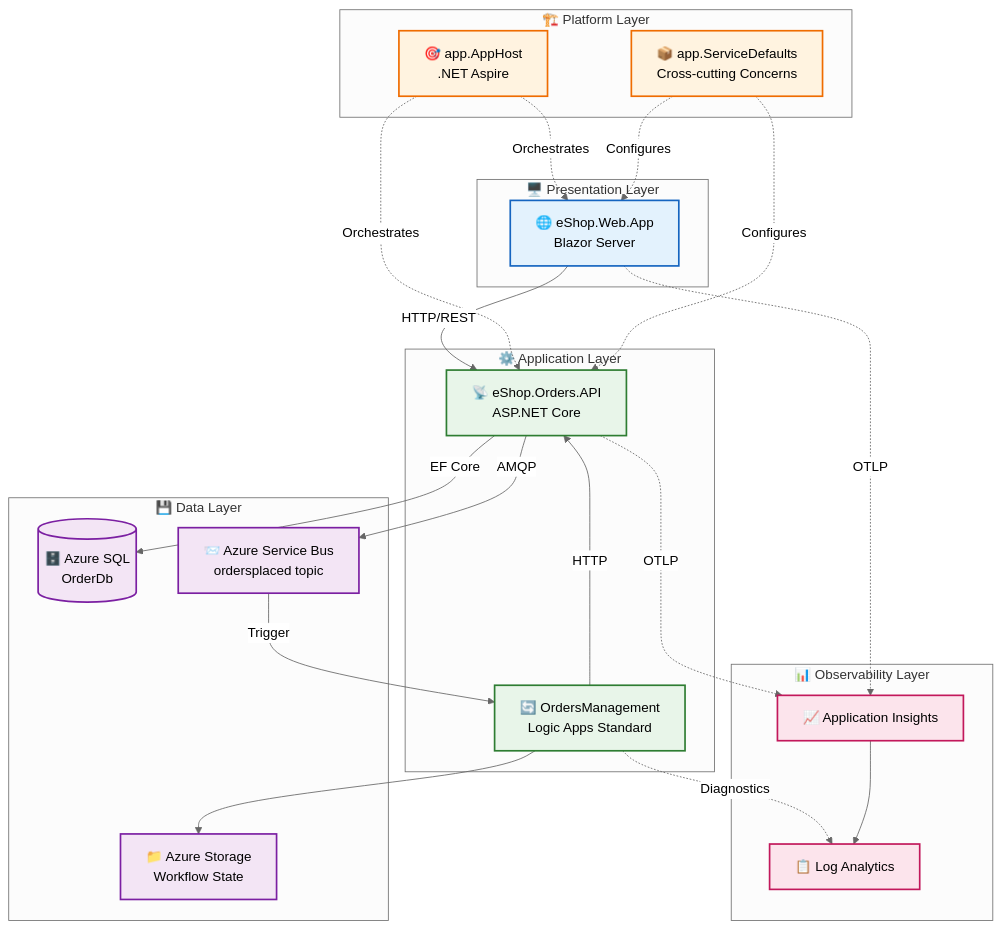
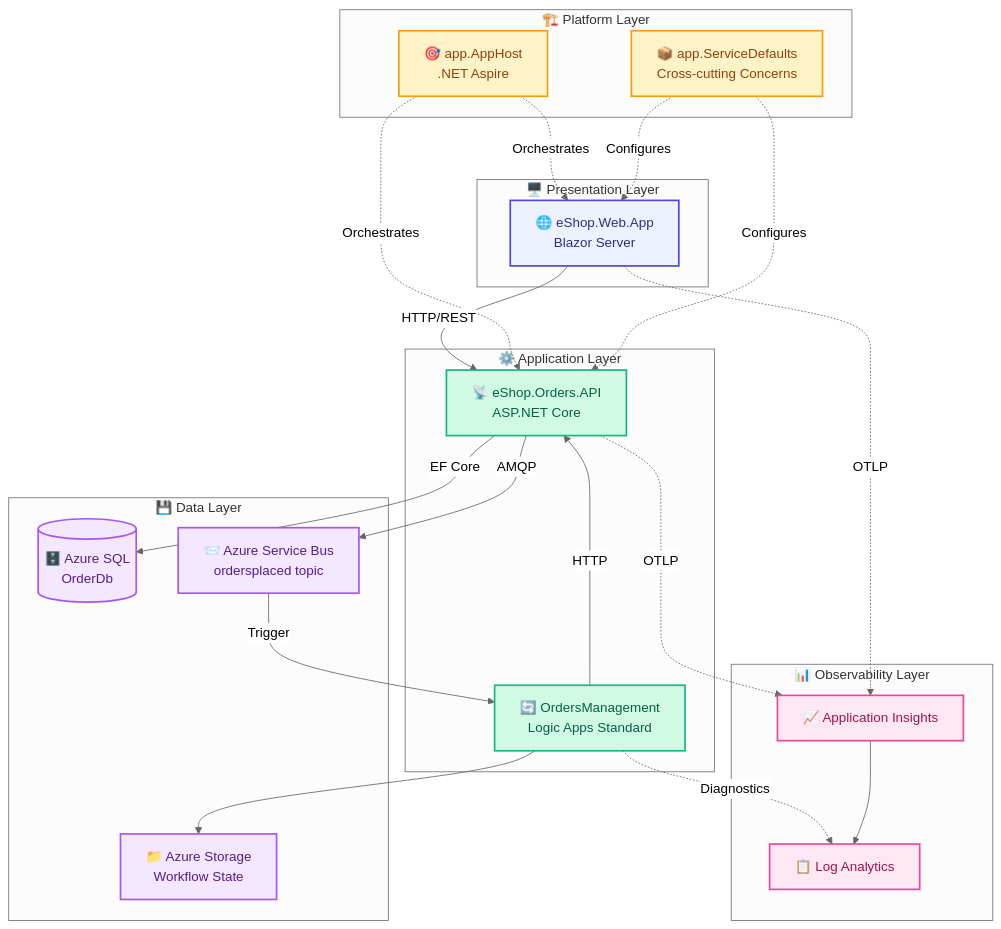
One commit to Evilazaro/Azure-LogicApps-Monitoring changed the diagram in docs/architecture/README.md. Above: the diagram before and after it, drawn with Mermaid (neutral theme). The commit also changed 11 other files, not shown here.

Commit message:
feat(docs): Update diagrams with modern color palette for improved accessibility and clarity

````diff
--- a/docs/architecture/README.md
+++ b/docs/architecture/README.md
@@ -37,56 +37,57 @@
 ```mermaid
 flowchart TD
     subgraph Presentation["🖥️ Presentation Layer"]
         WebApp["🌐 eShop.Web.App<br/>Blazor Server"]
     end
 
     subgraph Application["⚙️ Application Layer"]
         API["📡 eShop.Orders.API<br/>ASP.NET Core"]
         LogicApp["🔄 OrdersManagement<br/>Logic Apps Standard"]
     end
 
     subgraph Platform["🏗️ Platform Layer"]
         Aspire["🎯 app.AppHost<br/>.NET Aspire"]
         Defaults["📦 app.ServiceDefaults<br/>Cross-cutting Concerns"]
     end
 
     subgraph Data["💾 Data Layer"]
         SQL[("🗄️ Azure SQL<br/>OrderDb")]
         SB["📨 Azure Service Bus<br/>ordersplaced topic"]
         Storage["📁 Azure Storage<br/>Workflow State"]
     end
 
     subgraph Observability["📊 Observability Layer"]
         AI["📈 Application Insights"]
         LAW["📋 Log Analytics"]
     end
 
     WebApp -->|"HTTP/REST"| API
     API -->|"EF Core"| SQL
     API -->|"AMQP"| SB
     SB -->|"Trigger"| LogicApp
     LogicApp -->|"HTTP"| API
     LogicApp --> Storage
 
     Aspire -.->|"Orchestrates"| WebApp
     Aspire -.->|"Orchestrates"| API
     Defaults -.->|"Configures"| WebApp
     Defaults -.->|"Configures"| API
 
     WebApp -.->|"OTLP"| AI
     API -.->|"OTLP"| AI
     LogicApp -.->|"Diagnostics"| LAW
     AI --> LAW
 
-    classDef presentation fill:#e3f2fd,stroke:#1565c0,stroke-width:2px
-    classDef application fill:#e8f5e9,stroke:#2e7d32,stroke-width:2px
-    classDef platform fill:#fff3e0,stroke:#ef6c00,stroke-width:2px
-    classDef data fill:#f3e5f5,stroke:#7b1fa2,stroke-width:2px
-    classDef observability fill:#fce4ec,stroke:#c2185b,stroke-width:2px
+    %% Modern color palette - WCAG AA compliant
+    classDef presentation fill:#EEF2FF,stroke:#4F46E5,stroke-width:2px,color:#312E81
+    classDef application fill:#D1FAE5,stroke:#10B981,stroke-width:2px,color:#065F46
+    classDef platform fill:#FEF3C7,stroke:#F59E0B,stroke-width:2px,color:#92400E
+    classDef data fill:#F3E8FF,stroke:#A855F7,stroke-width:2px,color:#581C87
+    classDef observability fill:#FCE7F3,stroke:#EC4899,stroke-width:2px,color:#9D174D
 
     class WebApp presentation
     class API,LogicApp application
     class Aspire,Defaults platform
     class SQL,SB,Storage data
     class AI,LAW observability
 ```
````
